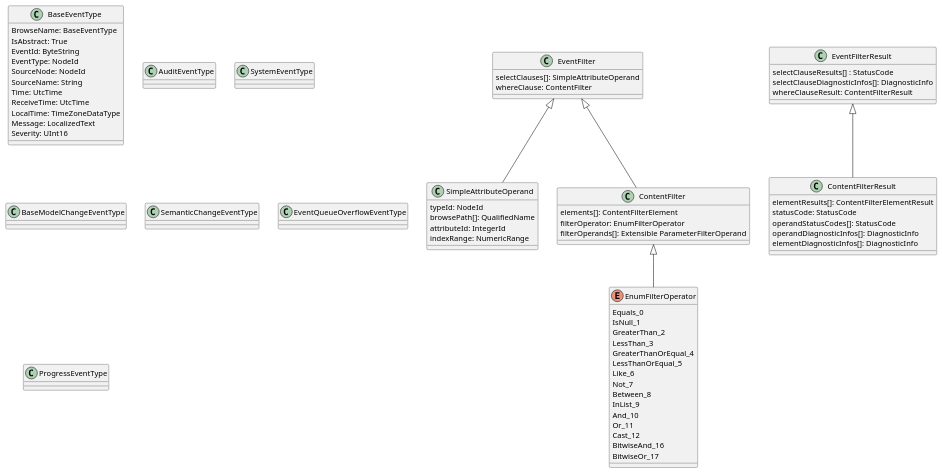
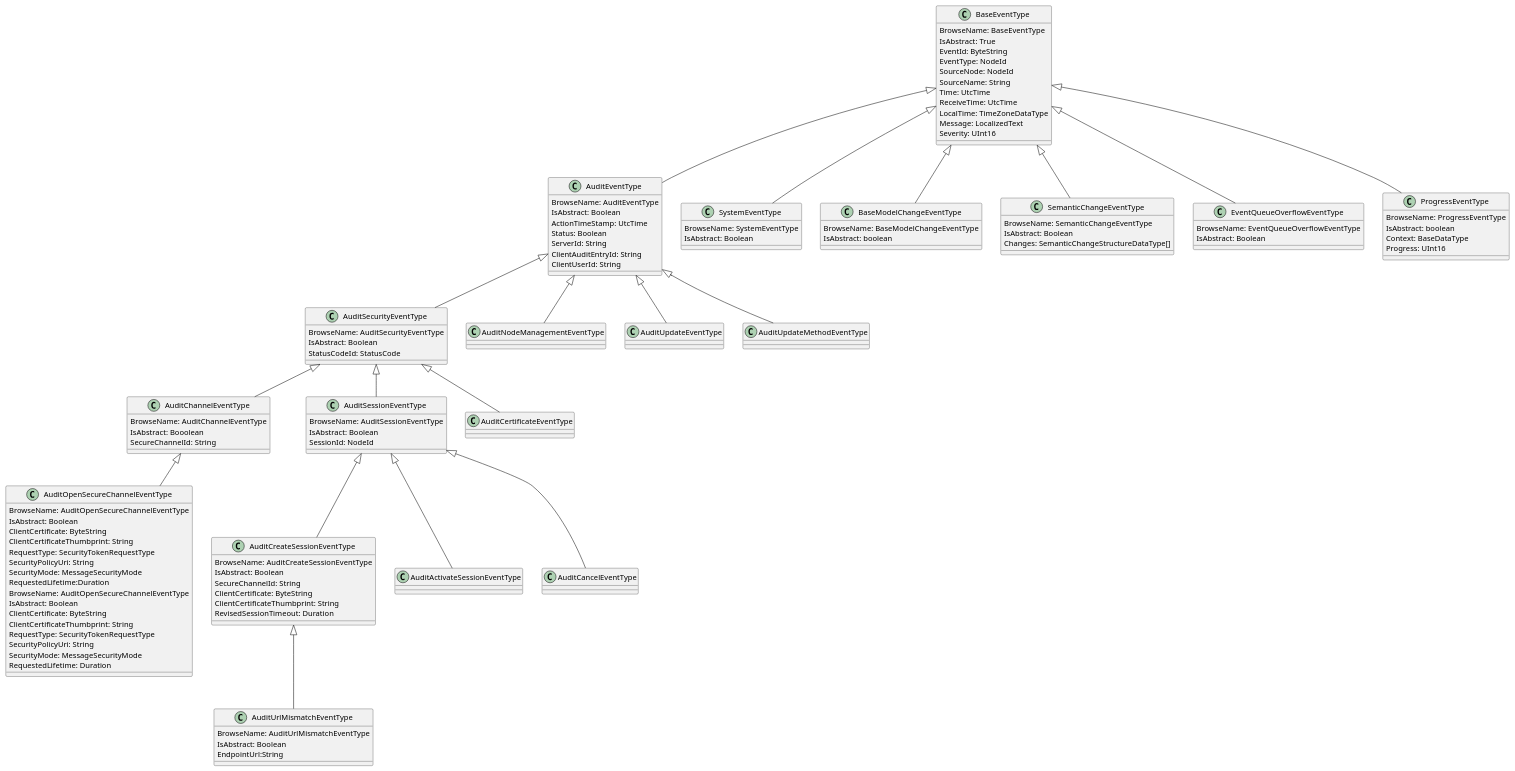
Before and after one commit to amrs96/open62541_Validation: the diagram in planning/UML/BaseEventType .puml, drawn with PlantUML.

Commit message:
updated UML_BaseEventType

```diff
--- a/planning/UML/BaseEventType .puml
+++ b/planning/UML/BaseEventType .puml
@@ -1,102 +1,154 @@
 @startuml
 class BaseEventType  {
 BrowseName: BaseEventType
 IsAbstract: True
 EventId: ByteString
 EventType: NodeId
 SourceNode: NodeId
 SourceName: String
 Time: UtcTime
 ReceiveTime: UtcTime
 LocalTime: TimeZoneDataType
 Message: LocalizedText
 Severity: UInt16
 }
 
 class AuditEventType {
+BrowseName: AuditEventType
+IsAbstract: Boolean
+ActionTimeStamp: UtcTime
+Status: Boolean
+ServerId: String
+ClientAuditEntryId: String
+ClientUserId: String
+}
+
+class AuditSecurityEventType{
+BrowseName: AuditSecurityEventType
+IsAbstract: Boolean
+StatusCodeId: StatusCode
+}
+
+class AuditChannelEventType{
+BrowseName: AuditChannelEventType
+IsAbstract: Booolean
+SecureChannelId: String
+}
+class AuditOpenSecureChannelEventType{
+BrowseName: AuditOpenSecureChannelEventType
+IsAbstract: Boolean
+ClientCertificate: ByteString
+ClientCertificateThumbprint: String
+RequestType: SecurityTokenRequestType
+SecurityPolicyUri: String
+SecurityMode: MessageSecurityMode
+RequestedLifetime:Duration
+}
+class AuditOpenSecureChannelEventType{
+BrowseName: AuditOpenSecureChannelEventType
+IsAbstract: Boolean
+ClientCertificate: ByteString
+ClientCertificateThumbprint: String
+RequestType: SecurityTokenRequestType
+SecurityPolicyUri: String
+SecurityMode: MessageSecurityMode
+RequestedLifetime: Duration
+}
+
+
+
+class AuditSessionEventType{
+BrowseName: AuditSessionEventType
+IsAbstract: Boolean
+SessionId: NodeId
+}
+class AuditCreateSessionEventType{
+BrowseName: AuditCreateSessionEventType
+IsAbstract: Boolean
+SecureChannelId: String
+ClientCertificate: ByteString
+ClientCertificateThumbprint: String
+RevisedSessionTimeout: Duration
+}
+class AuditUrlMismatchEventType{
+BrowseName: AuditUrlMismatchEventType
+IsAbstract: Boolean
+EndpointUrl:String
+}
+class AuditActivateSessionEventType{
+
+}
+class AuditCancelEventType{
+
+}
+
+class AuditCertificateEventType{
+
+}
+
+class AuditNodeManagementEventType{
+
+}
+class AuditUpdateEventType{
+
+}
+class AuditUpdateMethodEventType{
 
 }
 
 class SystemEventType {
-
+BrowseName: SystemEventType
+IsAbstract: Boolean
 }
 
 class BaseModelChangeEventType {
-
+BrowseName: BaseModelChangeEventType
+IsAbstract: boolean
 }
 
 class SemanticChangeEventType{
-
+BrowseName: SemanticChangeEventType
+IsAbstract: Boolean
+Changes: SemanticChangeStructureDataType[]
 }
 
 class EventQueueOverflowEventType{
-
+BrowseName: EventQueueOverflowEventType
+IsAbstract: Boolean
 }
 
 class ProgressEventType{
-
+BrowseName: ProgressEventType
+IsAbstract: boolean
+Context: BaseDataType
+Progress: UInt16
 }
 
 
 
-class EventFilter {
-selectClauses[]: SimpleAttributeOperand
-whereClause: ContentFilter
-}
 
-class SimpleAttributeOperand {
-   typeId: NodeId
-   browsePath[]: QualifiedName
-   attributeId: IntegerId
-   indexRange: NumericRange
-}
+BaseEventType <|--  AuditEventType
+BaseEventType <|--  SystemEventType
+BaseEventType <|--  BaseModelChangeEventType
+BaseEventType <|--  SemanticChangeEventType
+BaseEventType <|--  EventQueueOverflowEventType
+BaseEventType <|--  ProgressEventType
 
-class ContentFilter {
-    elements[]: ContentFilterElement
-    filterOperator: EnumFilterOperator
-    filterOperands[]: Extensible ParameterFilterOperand
-}
+AuditEventType <|-- AuditSecurityEventType
+AuditEventType <|-- AuditNodeManagementEventType
+AuditEventType <|-- AuditUpdateEventType
+AuditEventType <|-- AuditUpdateMethodEventType
 
-class EventFilterResult {
+AuditSecurityEventType <|-- AuditChannelEventType
+AuditSecurityEventType <|-- AuditSessionEventType
+AuditSecurityEventType <|-- AuditCertificateEventType
+
+AuditChannelEventType <|-- AuditOpenSecureChannelEventType
+
+AuditSessionEventType <|-- AuditCreateSessionEventType
+AuditSessionEventType <|-- AuditActivateSessionEventType
+AuditSessionEventType <|-- AuditCancelEventType
 
 
-    selectClauseResults[] : StatusCode
-    selectClauseDiagnosticInfos[]: DiagnosticInfo
-    whereClauseResult: ContentFilterResult
-}
-
-class ContentFilterResult {
-    elementResults[]: ContentFilterElementResult
-    statusCode: StatusCode
-    operandStatusCodes[]: StatusCode
-    operandDiagnosticInfos[]: DiagnosticInfo
-    elementDiagnosticInfos[]: DiagnosticInfo
-
-}
-
-
-
-enum EnumFilterOperator {
-Equals_0
-IsNull_1
-GreaterThan_2
-LessThan_3
-GreaterThanOrEqual_4
-LessThanOrEqual_5
-Like_6
-Not_7
-Between_8
-InList_9
-And_10
-Or_11
-Cast_12
-BitwiseAnd_16
-BitwiseOr_17
-}
-
-EventFilter <|--  SimpleAttributeOperand
-EventFilter <|--  ContentFilter
-ContentFilter <|-- EnumFilterOperator
-EventFilterResult <|-- ContentFilterResult
-
+AuditCreateSessionEventType <|-- AuditUrlMismatchEventType
 @enduml
```
